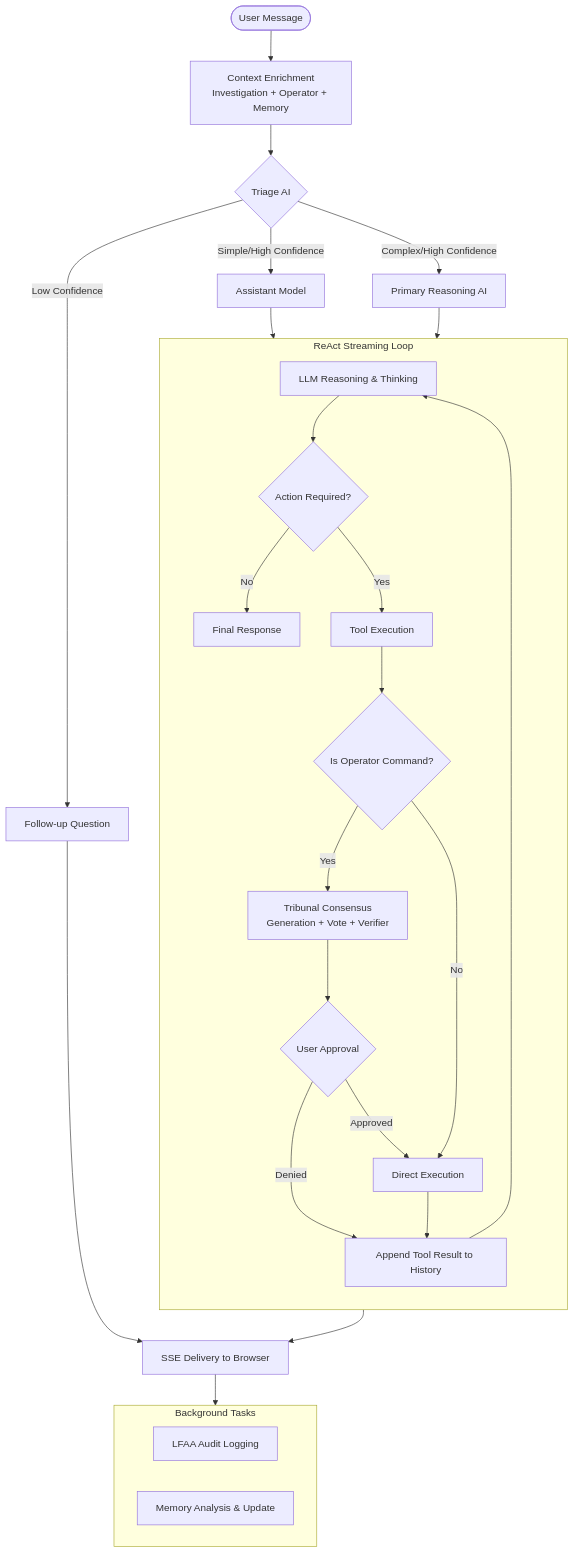
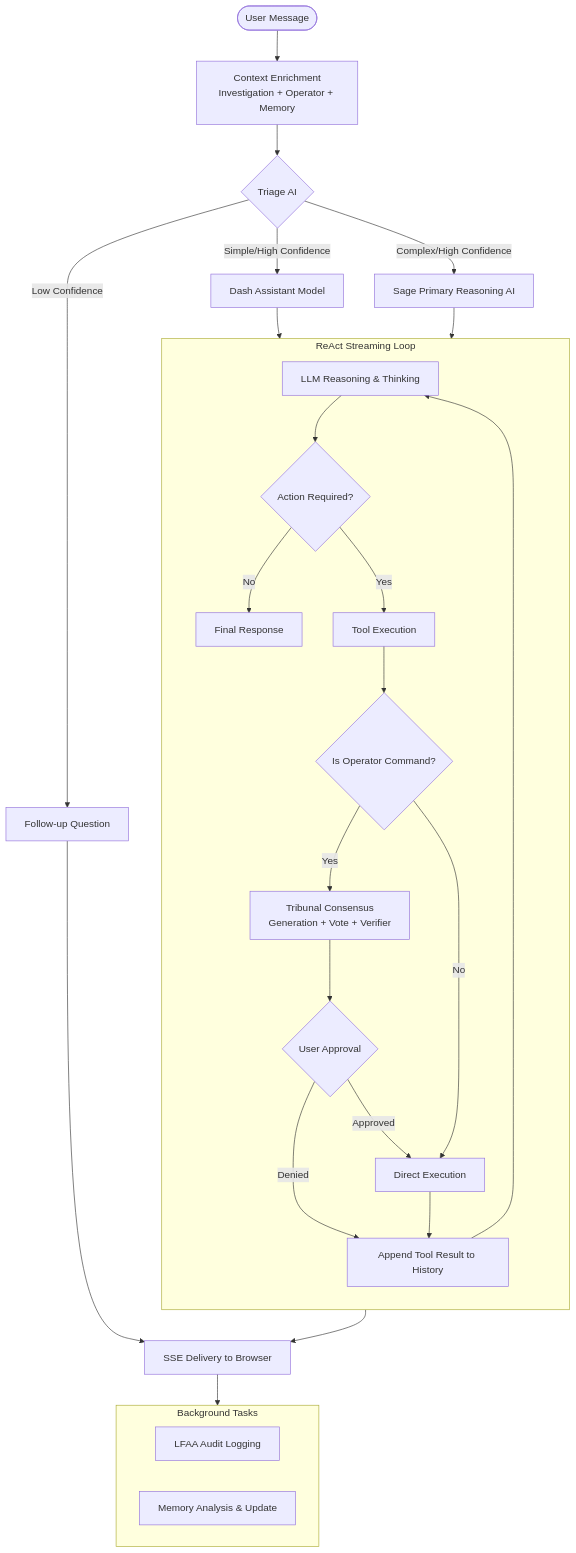
The first of 3 diagrams in docs/architecture/ai_agents.md (g8e-ai/g8e), drawn with Mermaid before and after one commit. The commit also changed other lines of this file and 367 other files, not shown here.

````diff
--- a/docs/architecture/ai_agents.md
+++ b/docs/architecture/ai_agents.md
@@ -27,40 +27,40 @@
 ```mermaid
 flowchart TD
     Start([User Message]) --> Context[Context Enrichment<br/>Investigation + Operator + Memory]
     Context --> Triage{Triage AI}
     
     Triage -- Low Confidence --> FollowUp[Follow-up Question]
-    Triage -- Simple/High Confidence --> Asst[Assistant Model]
-    Triage -- Complex/High Confidence --> Primary[Primary Reasoning AI]
+    Triage -- Simple/High Confidence --> Asst[Dash Assistant Model]
+    Triage -- Complex/High Confidence --> Primary[Sage Primary Reasoning AI]
     
     FollowUp --> SSE
     Asst --> Loop
     Primary --> Loop
     
     subgraph Loop [ReAct Streaming Loop]
         direction TB
         Reason[LLM Reasoning & Thinking] --> Action{Action Required?}
         Action -- No --> Finish[Final Response]
         Action -- Yes --> Tool[Tool Execution]
         
         Tool --> Command{Is Operator Command?}
         Command -- Yes --> Tribunal[Tribunal Consensus<br/>Generation + Vote + Verifier]
         Command -- No --> Exec[Direct Execution]
         
         Tribunal --> Approval{User Approval}
         Approval -- Denied --> FeedBack[Tool Error/Cancel]
         Approval -- Approved --> Exec
         
         Exec --> FeedBack[Append Tool Result to History]
         FeedBack --> Reason
     end
     
     Finish --> SSE[SSE Delivery to Browser]
     SSE --> Post[Post-Turn Processing]
     
     subgraph Post [Background Tasks]
         direction LR
         Audit[LFAA Audit Logging]
         Mem[Memory Analysis & Update]
     end
 ```
````
